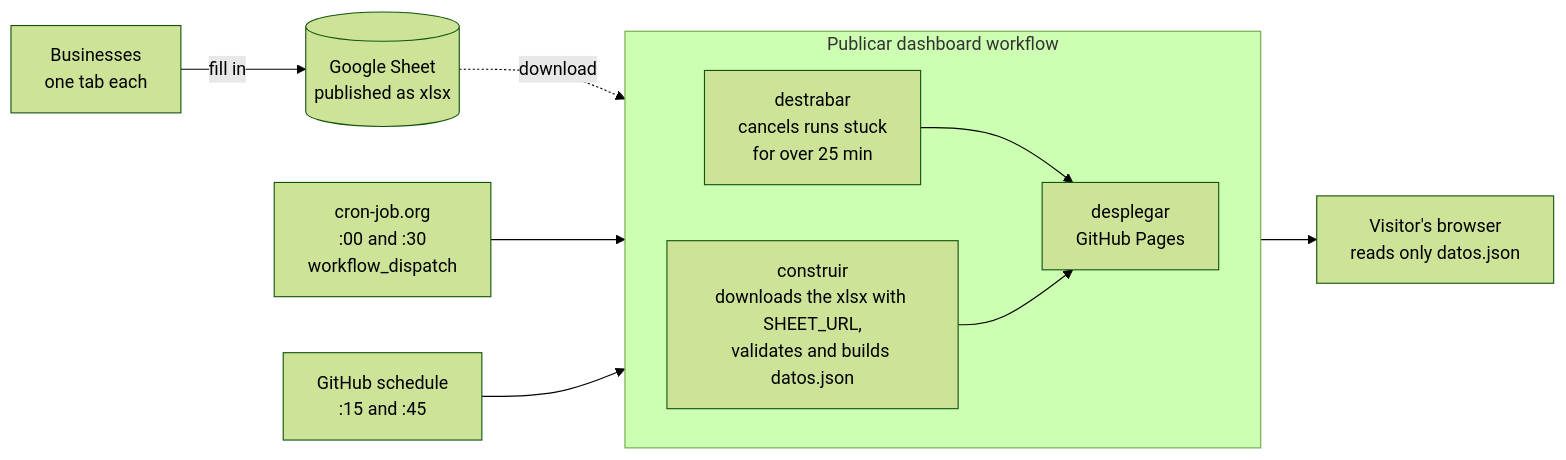
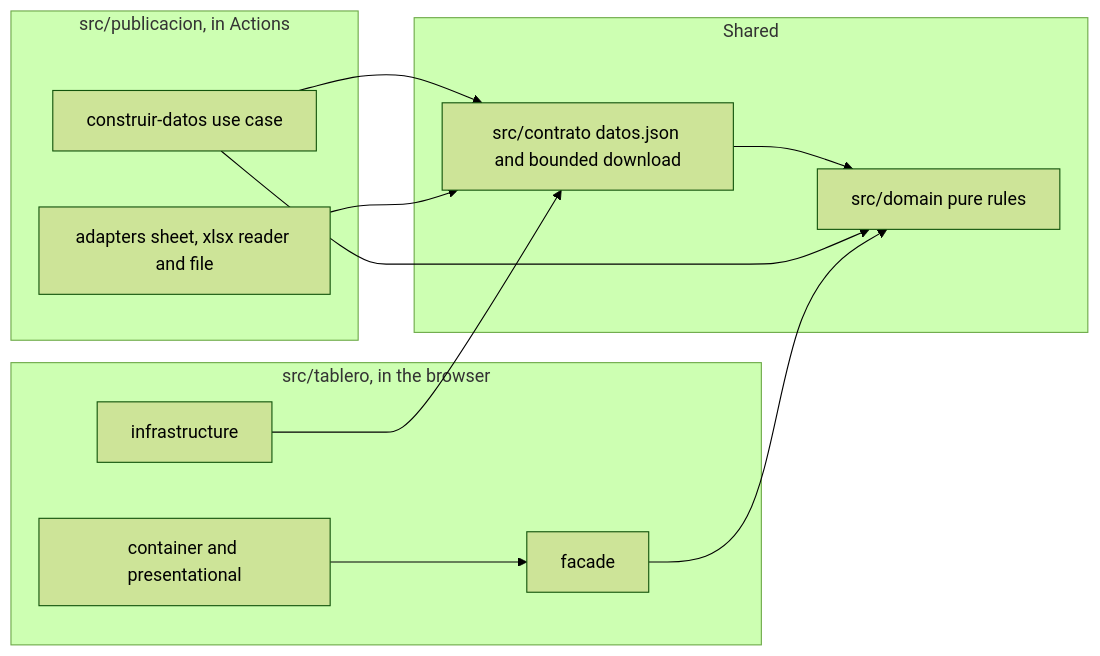
Before and after one commit to Alexis-VsCode/turismo-patate: the second of 2 diagrams in README.en.md, drawn with Mermaid (forest theme). The commit also changed other lines of this file and 21 other files, not shown here.

Commit message:
docs: documentación de la versión 2.9 con la arquitectura nueva, la ADR 010, diagramas Mermaid, filtros facetados, protección de la hoja y avisos del lector

````diff
--- a/README.en.md
+++ b/README.en.md
@@ -86,16 +187,23 @@
 ```mermaid
 flowchart LR
-    A[Businesses<br/>one tab each] -->|fill in| B[(Google Sheet<br/>published as xlsx)]
-    CJ[cron-job.org<br/>:00 and :30<br/>workflow_dispatch] --> F
-    GS[GitHub schedule<br/>:15 and :45] --> F
-    subgraph F[Publicar dashboard workflow]
-        direction LR
-        X[destrabar<br/>cancels runs stuck<br/>for over 25 min]
-        C[construir<br/>downloads the xlsx with SHEET_URL,<br/>validates and builds datos.json]
-        D[desplegar<br/>GitHub Pages]
-        X --> D
-        C --> D
+    subgraph Shared
+        D[src/domain pure rules]
+        C[src/contrato datos.json and bounded download]
     end
-    B -.->|download| C
-    D --> E[Visitor's browser<br/>reads only datos.json]
+    subgraph Publishing[src/publicacion, in Actions]
+        UC[construir-datos use case]
+        AD[adapters sheet, xlsx reader and file]
+    end
+    subgraph Dashboard[src/tablero, in the browser]
+        F[facade]
+        K[container and presentational]
+        I[infrastructure]
+    end
+    UC --> C
+    AD --> C
+    C --> D
+    UC --> D
+    K --> F
+    F --> D
+    I --> C
 ```
````
